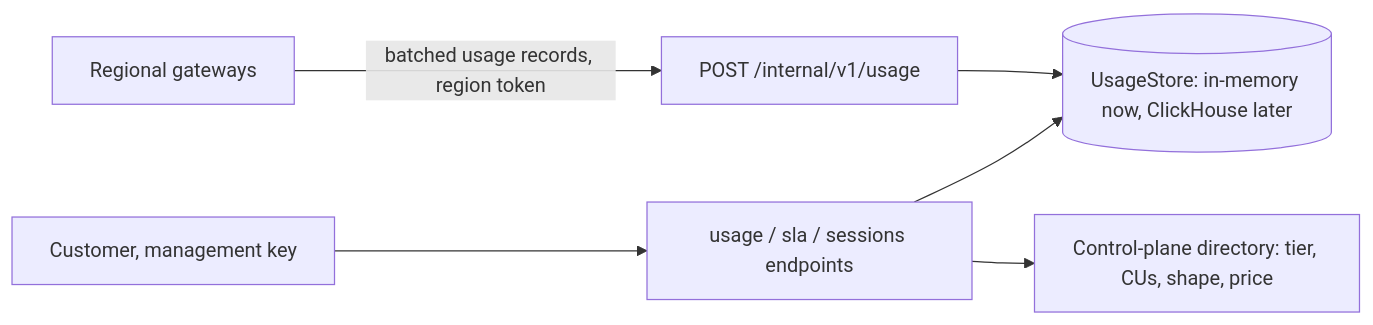
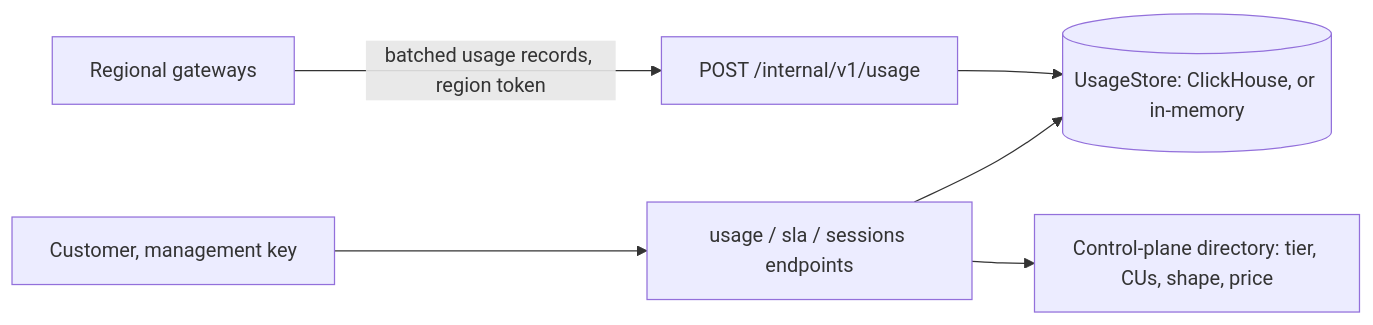
Before and after one commit to kishorda/provisioned-throughput: the diagram in docs/09-metering-observability-and-slas.md, drawn with Mermaid. The commit also changed other lines of this file and 22 other files, not shown here.

First line of the commit message:
Store usage records durably in ClickHouse

````diff
--- a/docs/09-metering-observability-and-slas.md
+++ b/docs/09-metering-observability-and-slas.md
@@ -103,8 +103,8 @@
 ```mermaid
 flowchart LR
   GW[Regional gateways] -->|"batched usage records, region token"| ING[POST /internal/v1/usage]
-  ING --> ST[(UsageStore: in-memory now, ClickHouse later)]
+  ING --> ST[(UsageStore: ClickHouse, or in-memory)]
   C[Customer, management key] --> Q[usage / sla / sessions endpoints]
   Q --> ST
   Q --> DIR[Control-plane directory: tier, CUs, shape, price]
 ```
````
